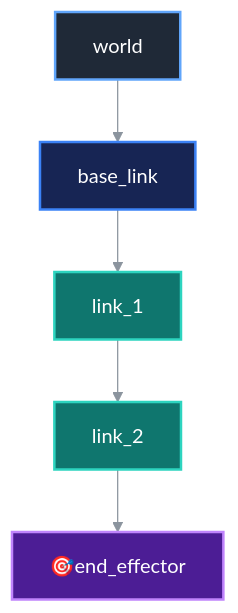
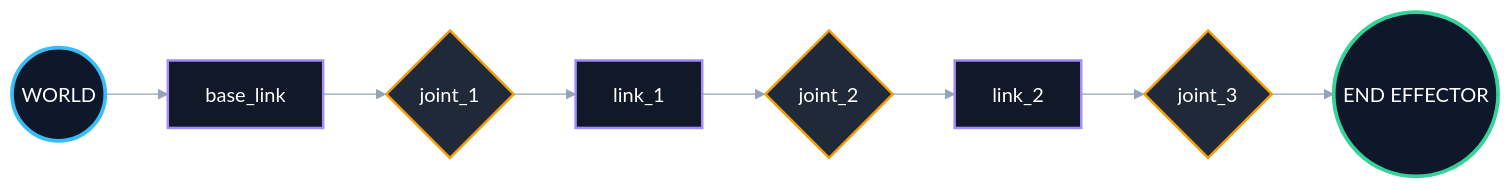
The second of 4 diagrams in README.md (bk201-dev/frame2motion), drawn with Mermaid before and after one commit. The commit also changed other lines of this file, not shown here.

````diff
--- a/README.md
+++ b/README.md
@@ -525,32 +218,15 @@
 ```mermaid
-%%{init: {'theme':'base', 'themeVariables': {
-  'background':'#0d1117',
-  'primaryColor':'#1f6feb',
-  'primaryTextColor':'#ffffff',
-  'primaryBorderColor':'#58a6ff',
-  'lineColor':'#8b949e',
-  'secondaryColor':'#238636',
-  'tertiaryColor':'#a371f7'
-}}}%%
-flowchart TD
-    W[" world"]
-    B[" base_link"]
-    L1[" link_1"]
-    L2[" link_2"]
-    E["🎯end_effector"]
+%%{init: {"theme":"base","themeVariables":{"background":"#0d1117","primaryTextColor":"#ffffff","lineColor":"#94a3b8"}}}%%
+flowchart LR
+    W(("WORLD")) --> B["base_link"] --> J1{"joint_1"} --> L1["link_1"] --> J2{"joint_2"} --> L2["link_2"] --> J3{"joint_3"} --> E(("END EFFECTOR"))
 
-    W --> B
-    B -->L1
-    L1 -->L2
-    L2 -->E
+    classDef anchor fill:#0f172a,stroke:#38bdf8,color:#ffffff,stroke-width:3px;
+    classDef link fill:#111827,stroke:#a78bfa,color:#ffffff,stroke-width:2px;
+    classDef joint fill:#1f2937,stroke:#f59e0b,color:#ffffff,stroke-width:2px;
+    classDef tip fill:#0f172a,stroke:#34d399,color:#ffffff,stroke-width:3px;
 
-    classDef world fill:#1f2937,stroke:#60a5fa,color:#ffffff,stroke-width:2px;
-    classDef base fill:#172554,stroke:#3b82f6,color:#ffffff,stroke-width:2px;
-    classDef link fill:#0f766e,stroke:#2dd4bf,color:#ffffff,stroke-width:2px;
-    classDef endeff fill:#4c1d95,stroke:#c084fc,color:#ffffff,stroke-width:2px;
-
-    class W world;
-    class B base;
-    class L1,L2 link;
-    class E endeff;
+    class W anchor;
+    class B,L1,L2 link;
+    class J1,J2,J3 joint;
+    class E tip;
 ```
````
